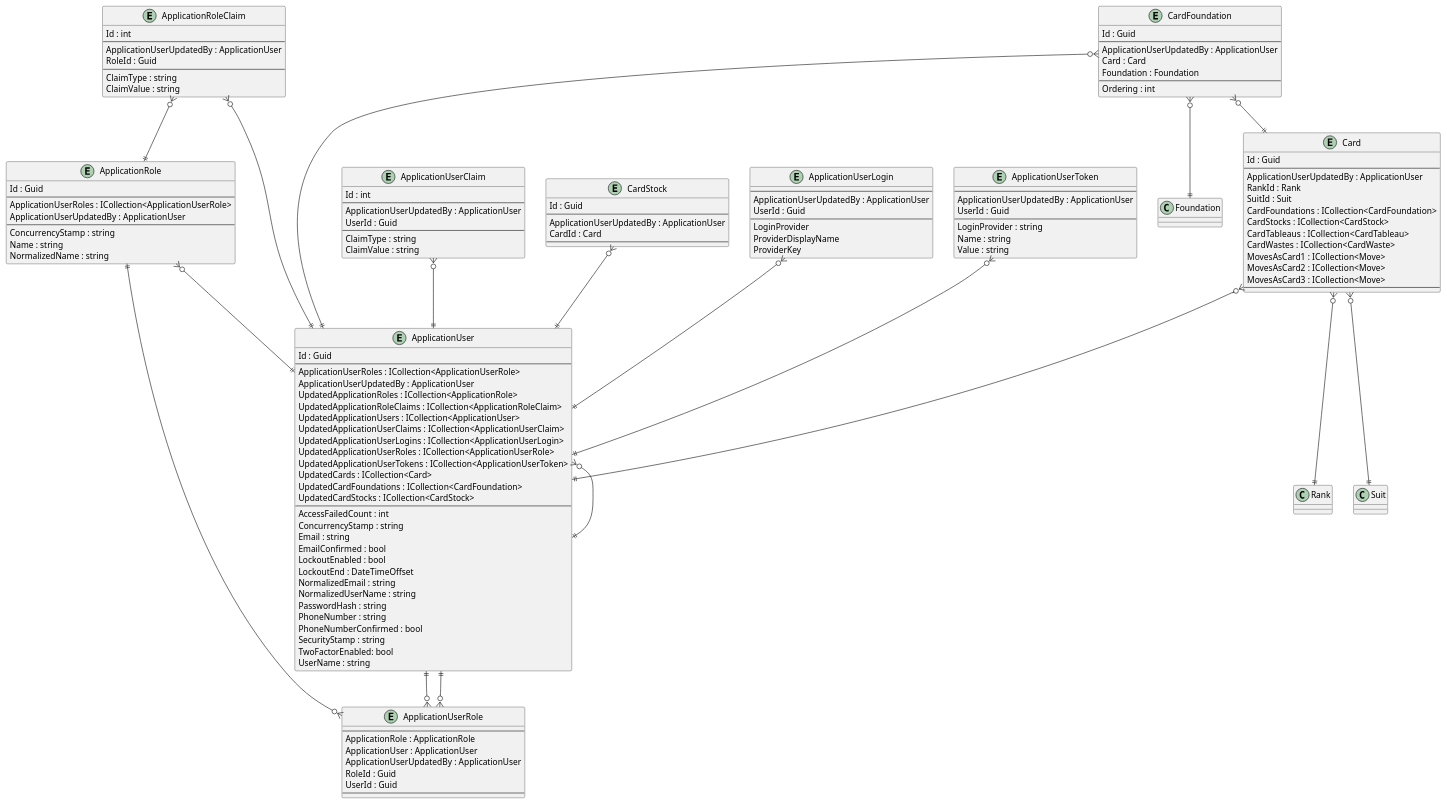
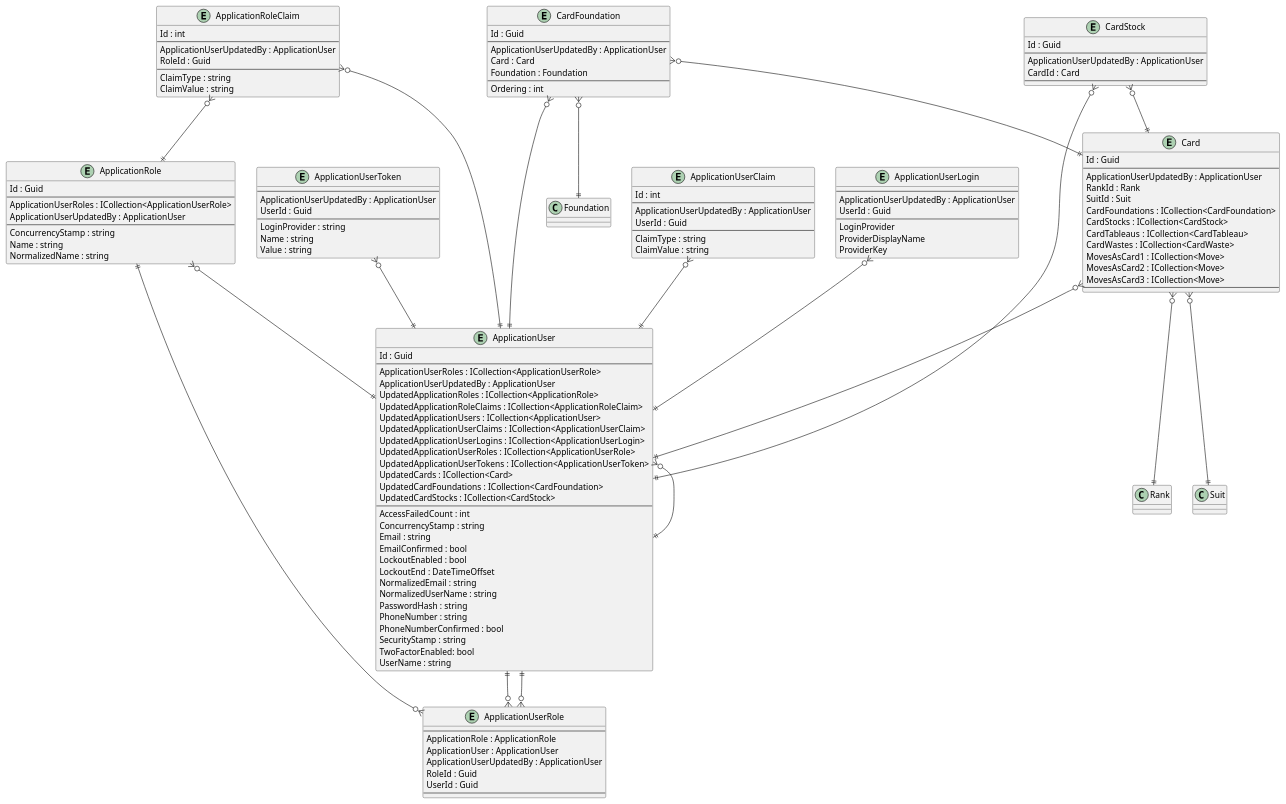
The diagram in .docs/Intrepion.KlondikeSolitaire.pu (intrepion/intrepion_klondike-solitaire_csharp), drawn with PlantUML before and after one commit.

```diff
--- a/.docs/Intrepion.KlondikeSolitaire.pu
+++ b/.docs/Intrepion.KlondikeSolitaire.pu
@@ -1,159 +1,160 @@
 @startuml
 
 entity ApplicationRole {
     Id : Guid
     --
     ApplicationUserRoles : ICollection<ApplicationUserRole>
     ApplicationUserUpdatedBy : ApplicationUser
     --
     ConcurrencyStamp : string
     Name : string
     NormalizedName : string
 }
 
 entity ApplicationRoleClaim {
     Id : int
     --
     ApplicationUserUpdatedBy : ApplicationUser
     RoleId : Guid
     --
     ClaimType : string
     ClaimValue : string
 }
 
 entity ApplicationUser {
     Id : Guid
     --
     ApplicationUserRoles : ICollection<ApplicationUserRole>
     ApplicationUserUpdatedBy : ApplicationUser
     UpdatedApplicationRoles : ICollection<ApplicationRole>
     UpdatedApplicationRoleClaims : ICollection<ApplicationRoleClaim>
     UpdatedApplicationUsers : ICollection<ApplicationUser>
     UpdatedApplicationUserClaims : ICollection<ApplicationUserClaim>
     UpdatedApplicationUserLogins : ICollection<ApplicationUserLogin>
     UpdatedApplicationUserRoles : ICollection<ApplicationUserRole>
     UpdatedApplicationUserTokens : ICollection<ApplicationUserToken>
     UpdatedCards : ICollection<Card>
     UpdatedCardFoundations : ICollection<CardFoundation>
     UpdatedCardStocks : ICollection<CardStock>
     ' ApplicationUserKeyCodePlaceholder
     --
     AccessFailedCount : int
     ConcurrencyStamp : string
     Email : string
     EmailConfirmed : bool
     LockoutEnabled : bool
     LockoutEnd : DateTimeOffset
     NormalizedEmail : string
     NormalizedUserName : string
     PasswordHash : string
     PhoneNumber : string
     PhoneNumberConfirmed : bool
     SecurityStamp : string
     TwoFactorEnabled: bool
     UserName : string
 }
 
 entity ApplicationUserClaim {
     Id : int
     --
     ApplicationUserUpdatedBy : ApplicationUser
     UserId : Guid
     --
     ClaimType : string
     ClaimValue : string
 }
 
 entity ApplicationUserLogin {
     --
     ApplicationUserUpdatedBy : ApplicationUser
     UserId : Guid
     --
     LoginProvider
     ProviderDisplayName
     ProviderKey
 }
 
 entity ApplicationUserRole {
     --
     ApplicationRole : ApplicationRole
     ApplicationUser : ApplicationUser
     ApplicationUserUpdatedBy : ApplicationUser
     RoleId : Guid
     UserId : Guid
     --
 }
 
 entity ApplicationUserToken {
     --
     ApplicationUserUpdatedBy : ApplicationUser
     UserId : Guid
     --
     LoginProvider : string
     Name : string
     Value : string
 }
 
 entity Card {
     Id : Guid
     --
     ApplicationUserUpdatedBy : ApplicationUser
     RankId : Rank
     SuitId : Suit
     CardFoundations : ICollection<CardFoundation>
     CardStocks : ICollection<CardStock>
     CardTableaus : ICollection<CardTableau>
     CardWastes : ICollection<CardWaste>
     MovesAsCard1 : ICollection<Move>
     MovesAsCard2 : ICollection<Move>
     MovesAsCard3 : ICollection<Move>
     ' CardKeyCodePlaceholder
     --
     ' CardPropertyCodePlaceholder
 }
 
 entity CardFoundation {
     Id : Guid
     --
     ApplicationUserUpdatedBy : ApplicationUser
     Card : Card
     Foundation : Foundation
     ' CardFoundationKeyCodePlaceholder
     --
     Ordering : int
     ' CardFoundationPropertyCodePlaceholder
 }
 
 entity CardStock {
     Id : Guid
     --
     ApplicationUserUpdatedBy : ApplicationUser
     CardId : Card
     ' CardStockKeyCodePlaceholder
     --
     ' CardStockPropertyCodePlaceholder
 }
 
 ' EntityCodePlaceholder
 
 ApplicationRole ||--o{ ApplicationUserRole
 ApplicationRole }o--|| ApplicationUser
 ApplicationRoleClaim }o--|| ApplicationRole
 ApplicationRoleClaim }o--|| ApplicationUser
 ApplicationUser }o--|| ApplicationUser
 ApplicationUser ||--o{ ApplicationUserRole
 ApplicationUserClaim }o--|| ApplicationUser
 ApplicationUserLogin }o--|| ApplicationUser
 ApplicationUserRole }o--|| ApplicationUser
 ApplicationUserToken }o--|| ApplicationUser
 
 Card }o--|| ApplicationUser
 Card }o--|| Rank
 Card }o--|| Suit
 CardFoundation }o--|| ApplicationUser
 CardFoundation }o--|| Card
 CardFoundation }o--|| Foundation
 CardStock }o--|| ApplicationUser
+CardStock }o--|| Card
 ' RelationshipCodePlaceholder
 
 @enduml
```
